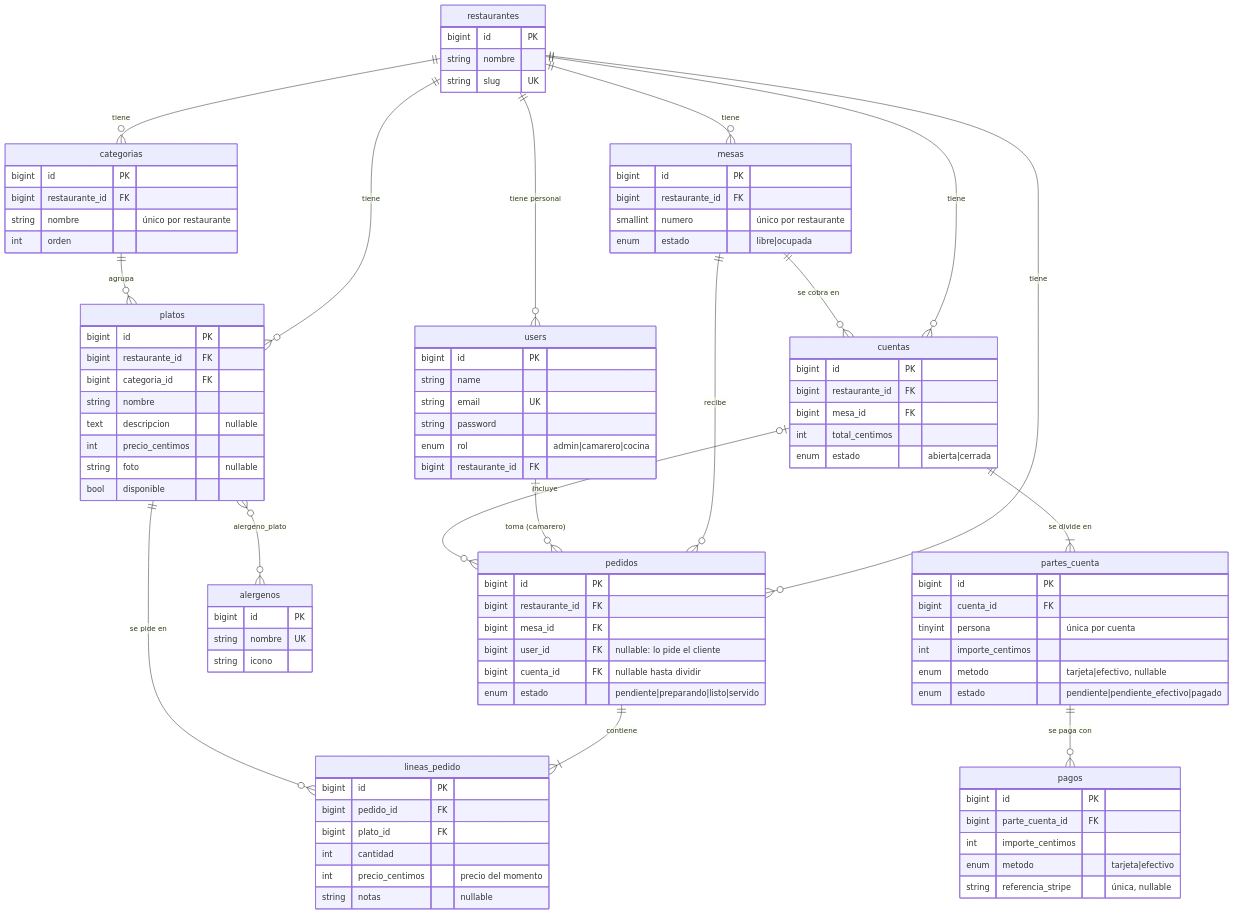
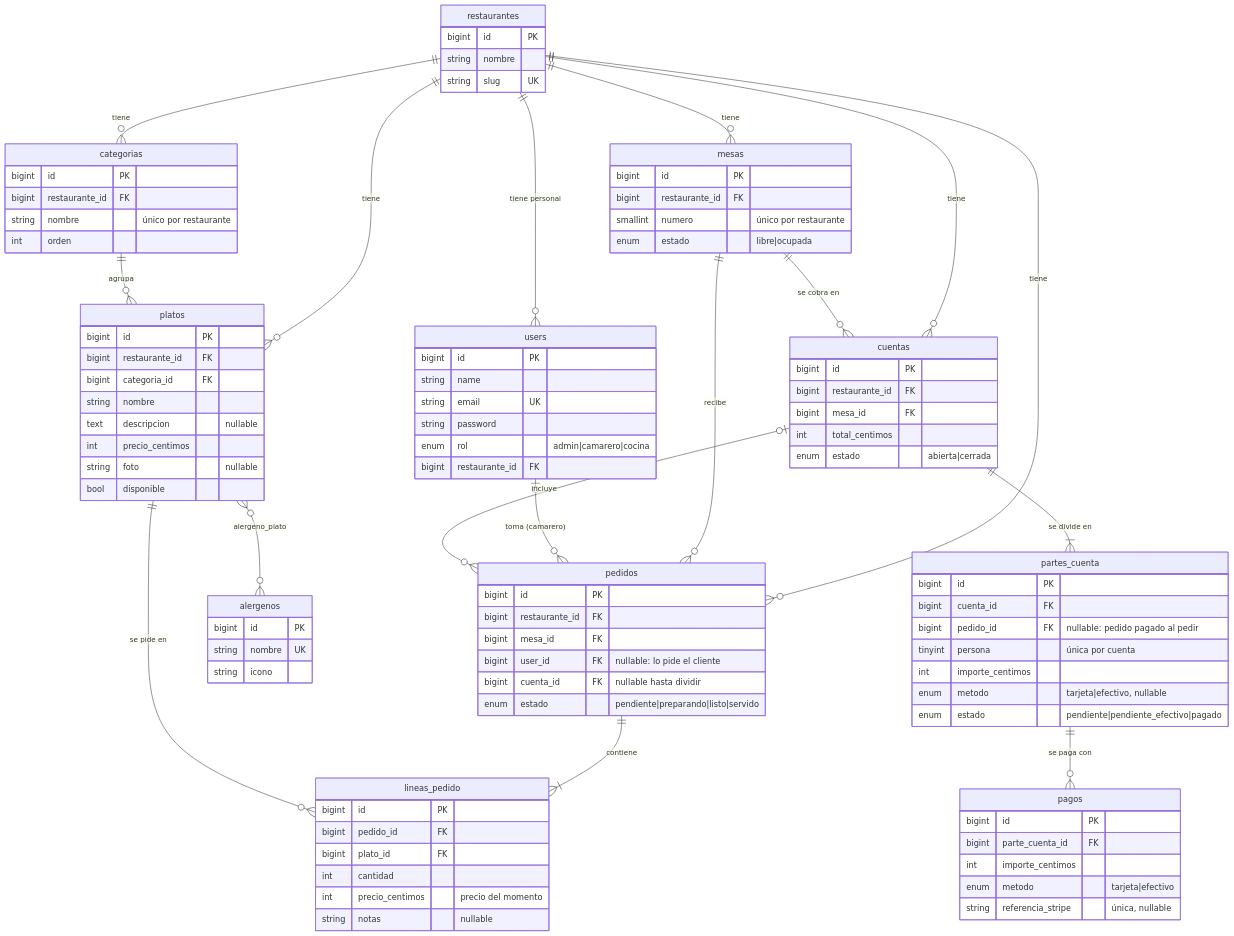
One commit to K1rb1-30/ProyectoIA_APPWeb changed the diagram in docs/03-disseny.md. Above: the diagram before and after it, drawn with Mermaid. The commit also changed other lines of this file and 2 other files, not shown here.

```diff
--- a/docs/03-disseny.md
+++ b/docs/03-disseny.md
@@ -123,6 +123,7 @@
     partes_cuenta {
         bigint id PK
         bigint cuenta_id FK
+        bigint pedido_id FK "nullable: pedido pagado al pedir"
         tinyint persona "única por cuenta"
         int importe_centimos
         enum metodo "tarjeta|efectivo, nullable"
```
